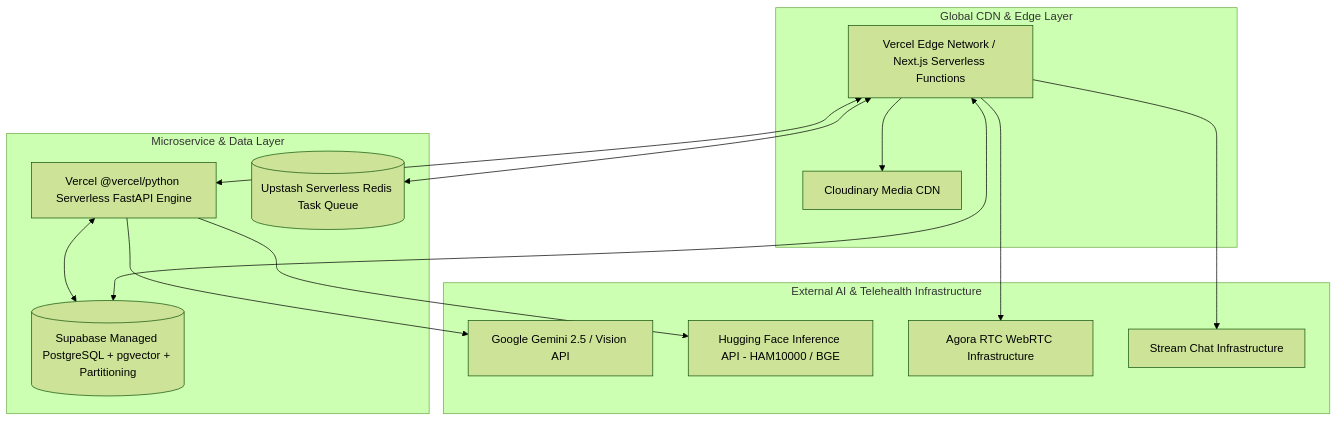
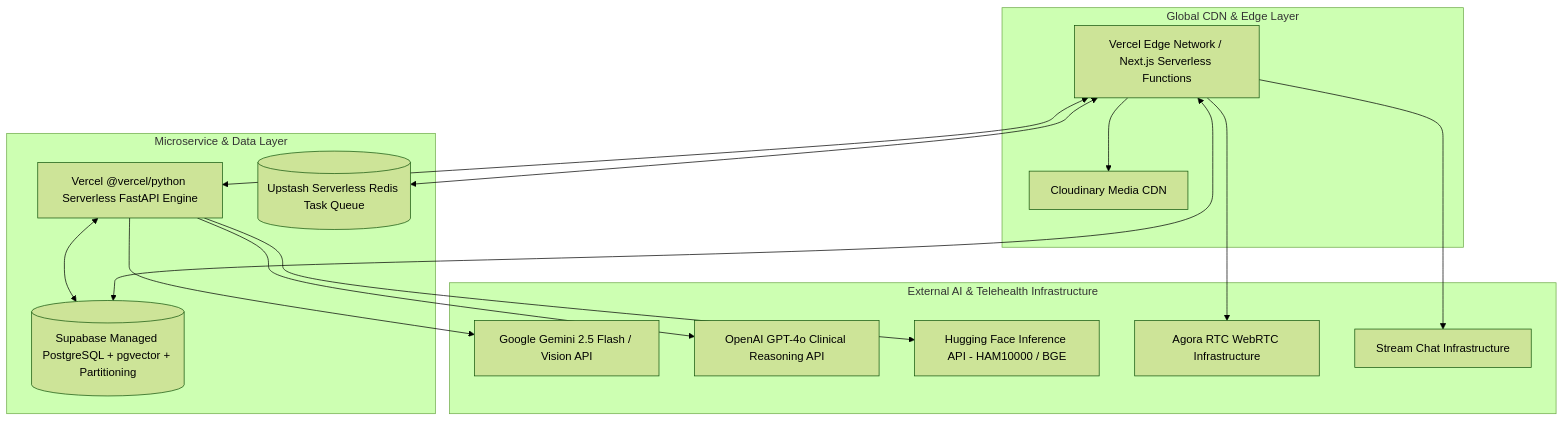
Before and after one commit to salman-momin08/dermiassist: the third of 12 diagrams in README.md, drawn with Mermaid (forest theme). The commit also changed 1 other file, not shown here.

Commit message:
docs: align README and architecture specifications with OpenAI GPT-4o, 500-patient empirical clinical dataset, and QR verification portal

````diff
--- a/README.md
+++ b/README.md
@@ -174,30 +174,32 @@
 ```mermaid
 graph TB
     subgraph Global CDN & Edge Layer
         Vercel[Vercel Edge Network / Next.js Serverless Functions]
         CloudinaryCDN[Cloudinary Media CDN]
     end
     
     subgraph Microservice & Data Layer
         VercelFastAPI[Vercel @vercel/python Serverless FastAPI Engine]
         SupabaseDB[(Supabase Managed PostgreSQL + pgvector + Partitioning)]
         Upstash[(Upstash Serverless Redis Task Queue)]
     end
     
     subgraph External AI & Telehealth Infrastructure
-        GeminiAPI[Google Gemini 2.5 / Vision API]
+        GeminiAPI[Google Gemini 2.5 Flash / Vision API]
+        OpenAIAPI[OpenAI GPT-4o Clinical Reasoning API]
         HuggingFaceAPI[Hugging Face Inference API - HAM10000 / BGE]
         AgoraAPI[Agora RTC WebRTC Infrastructure]
         StreamAPI[Stream Chat Infrastructure]
     end
     
     Vercel <--> VercelFastAPI
     Vercel <--> SupabaseDB
     Vercel <--> Upstash
     VercelFastAPI --> GeminiAPI
+    VercelFastAPI --> OpenAIAPI
     VercelFastAPI --> HuggingFaceAPI
     VercelFastAPI <--> SupabaseDB
     Vercel --> CloudinaryCDN
     Vercel --> StreamAPI
     Vercel --> AgoraAPI
 ```
````
